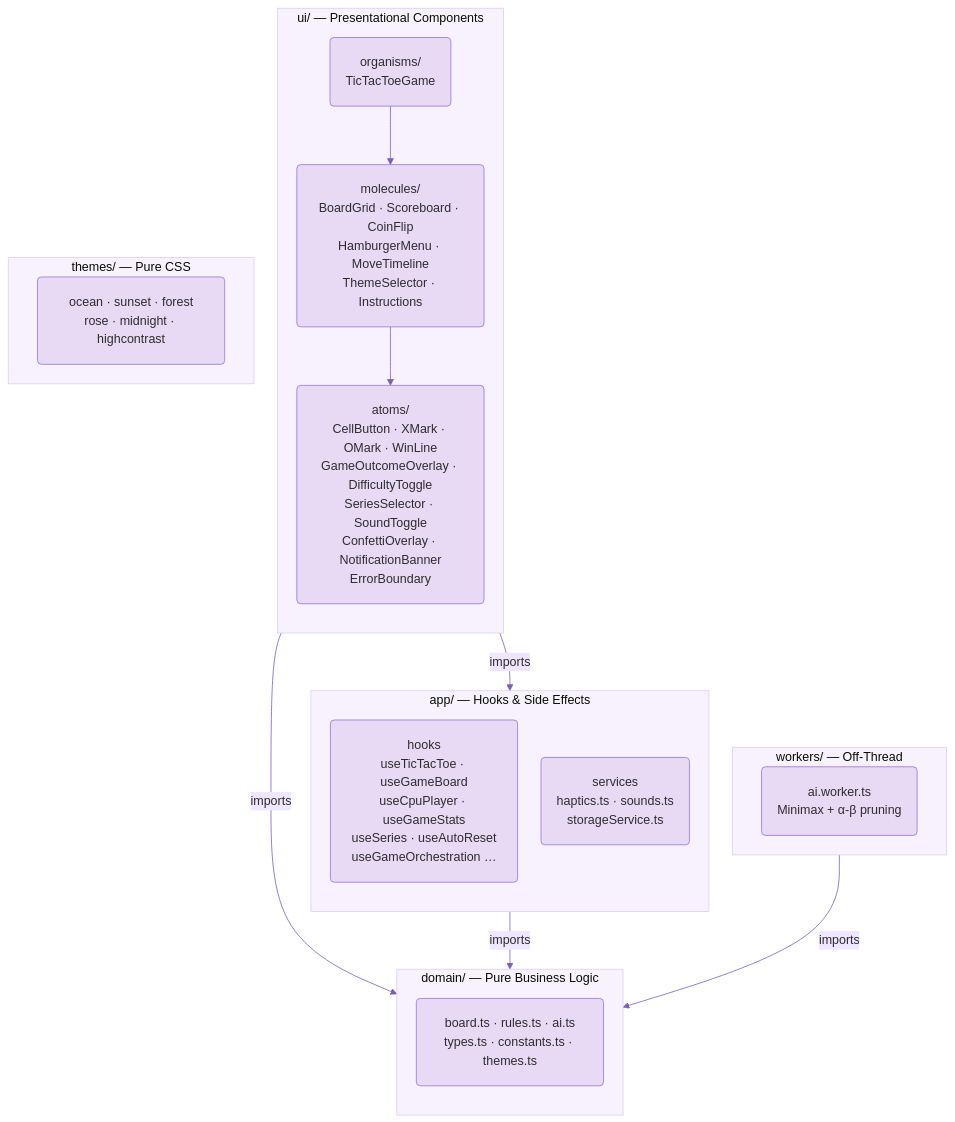
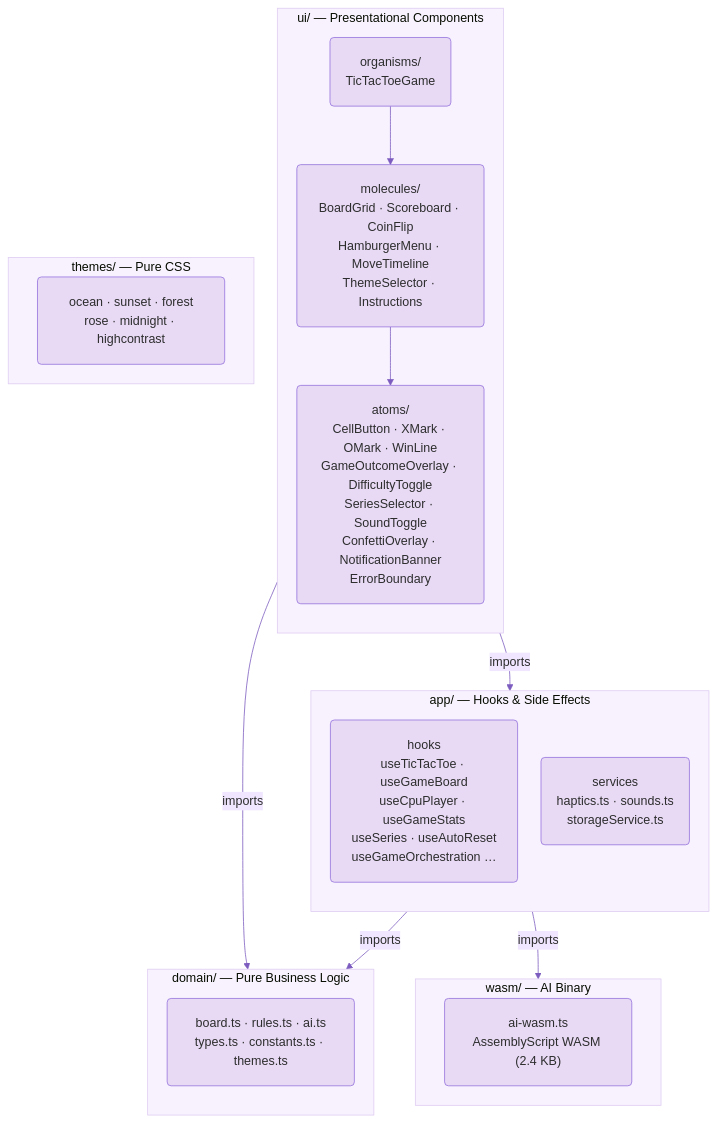
Before and after one commit to scottdreinhart/tictactoe: the first of 9 diagrams in README.md, drawn with Mermaid. The commit also changed other lines of this file and 17 other files, not shown here.

Commit message:
feat: WASM AI engine for all difficulties, eliminate Web Worker, always-force Vite rebuild

````diff
--- a/README.md
+++ b/README.md
@@ -369,35 +371,35 @@
 ```mermaid
 %%{init: {'theme': 'base', 'themeVariables': {'primaryColor': '#e8daf5', 'primaryTextColor': '#2d2d2d', 'primaryBorderColor': '#9370DB', 'lineColor': '#7c5cbf', 'secondaryColor': '#f0e6ff', 'tertiaryColor': '#f8f2ff', 'fontFamily': 'system-ui'}, 'flowchart': {'nodeSpacing': 30, 'rankSpacing': 50, 'padding': 20, 'htmlLabels': true}}}%%
 graph TD
   subgraph UI["ui/ — Presentational Components"]
     direction TB
     organisms("organisms/<br/>TicTacToeGame")
     molecules("molecules/<br/>BoardGrid · Scoreboard · CoinFlip<br/>HamburgerMenu · MoveTimeline<br/>ThemeSelector · Instructions")
     atoms("atoms/<br/>CellButton · XMark · OMark · WinLine<br/>GameOutcomeOverlay · DifficultyToggle<br/>SeriesSelector · SoundToggle<br/>ConfettiOverlay · NotificationBanner<br/>ErrorBoundary")
     organisms --> molecules --> atoms
   end
 
   subgraph APP["app/ — Hooks & Side Effects"]
     direction TB
     hooks("hooks<br/>useTicTacToe · useGameBoard<br/>useCpuPlayer · useGameStats<br/>useSeries · useAutoReset<br/>useGameOrchestration …")
     services("services<br/>haptics.ts · sounds.ts<br/>storageService.ts")
   end
 
   subgraph DOMAIN["domain/ — Pure Business Logic"]
     direction TB
     core("board.ts · rules.ts · ai.ts<br/>types.ts · constants.ts · themes.ts")
   end
 
-  subgraph WORKERS["workers/ — Off-Thread"]
-    worker("ai.worker.ts<br/>Minimax + α-β pruning")
+  subgraph WASM["wasm/ — AI Binary"]
+    wasmbin("ai-wasm.ts<br/>AssemblyScript WASM (2.4 KB)")
   end
 
   subgraph THEMES["themes/ — Pure CSS"]
     css("ocean · sunset · forest<br/>rose · midnight · highcontrast")
   end
 
   UI -->|imports| APP
   UI -->|imports| DOMAIN
   APP -->|imports| DOMAIN
-  WORKERS -->|imports| DOMAIN
+  APP -->|imports| WASM
 ```
````
